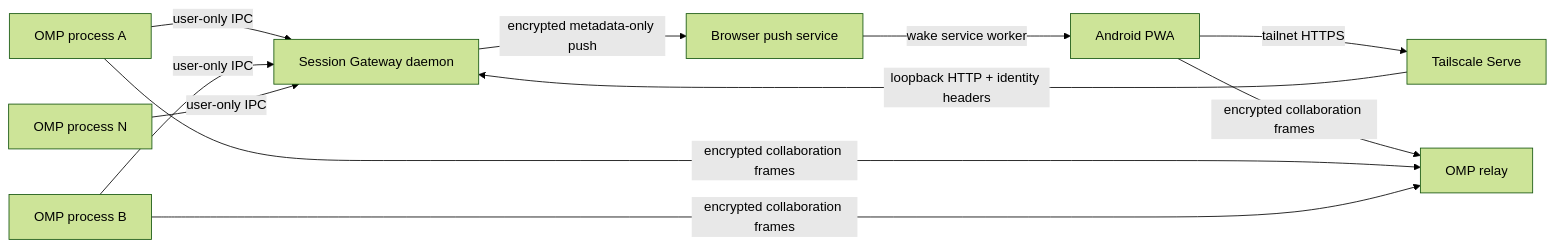
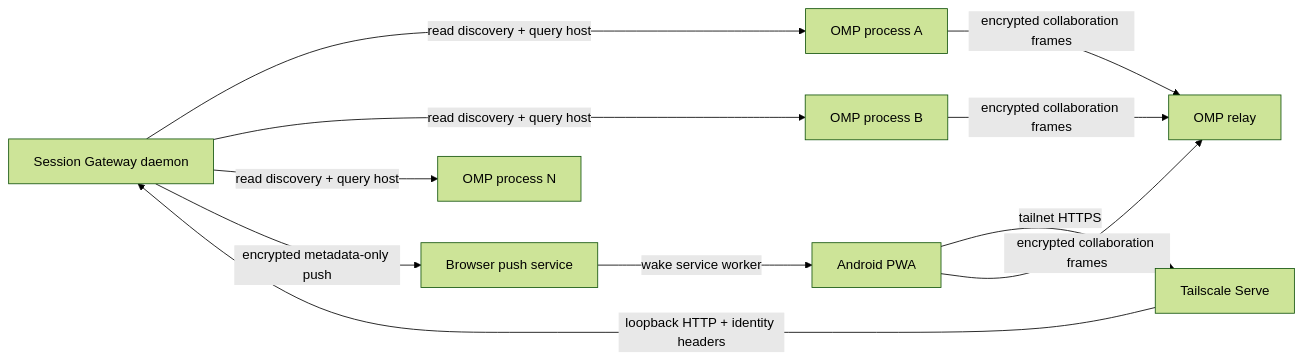
One commit to alphastorm/omp-session-gateway changed the diagram in README.md. Above: the diagram before and after it, drawn with Mermaid (forest theme). The commit also changed other lines of this file and 87 other files, not shown here.

First line of the commit message:
feat(registry)!: read OMP's own collaboration host registry (#168)

````diff
--- a/README.md
+++ b/README.md
@@ -257,15 +261,15 @@
 ```mermaid
 flowchart LR
-    OMP1[OMP process A] -->|user-only IPC| GATEWAY[Session Gateway daemon]
-    OMP2[OMP process B] -->|user-only IPC| GATEWAY
-    OMPN[OMP process N] -->|user-only IPC| GATEWAY
+    GATEWAY[Session Gateway daemon] -->|read discovery + query host| OMP1[OMP process A]
+    GATEWAY -->|read discovery + query host| OMP2[OMP process B]
+    GATEWAY -->|read discovery + query host| OMPN[OMP process N]
 
     PHONE[Android PWA] -->|tailnet HTTPS| SERVE[Tailscale Serve]
     SERVE -->|loopback HTTP + identity headers| GATEWAY
 
     PHONE -->|encrypted collaboration frames| RELAY[OMP relay]
     OMP1 -->|encrypted collaboration frames| RELAY
     OMP2 -->|encrypted collaboration frames| RELAY
     GATEWAY -->|encrypted metadata-only push| PUSH[Browser push service]
     PUSH -->|wake service worker| PHONE
 ```
````
